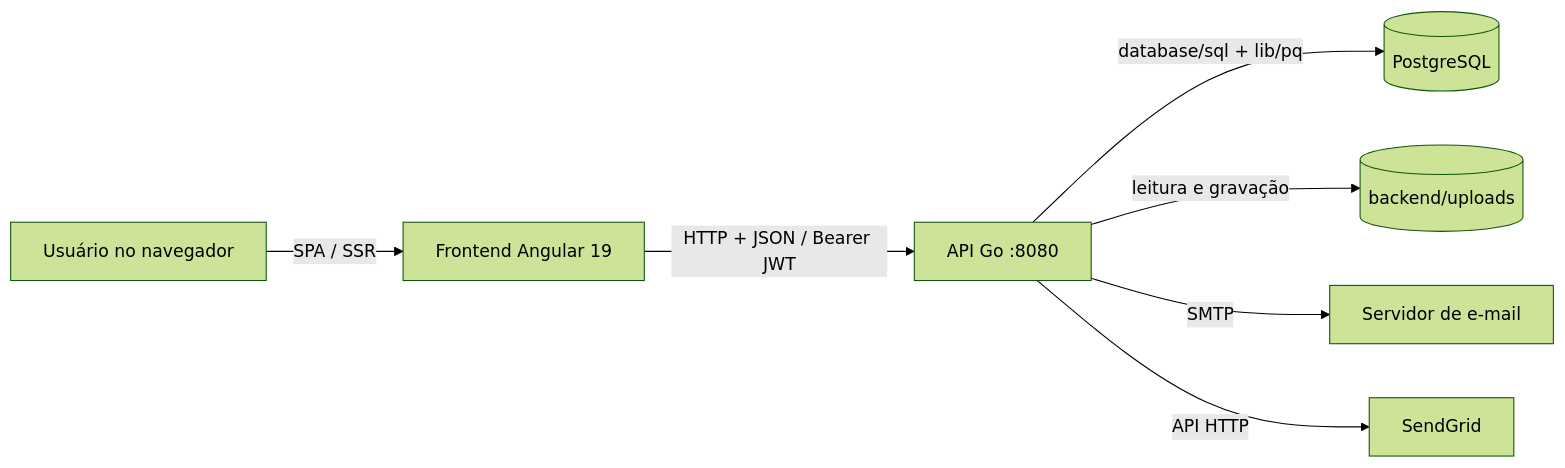
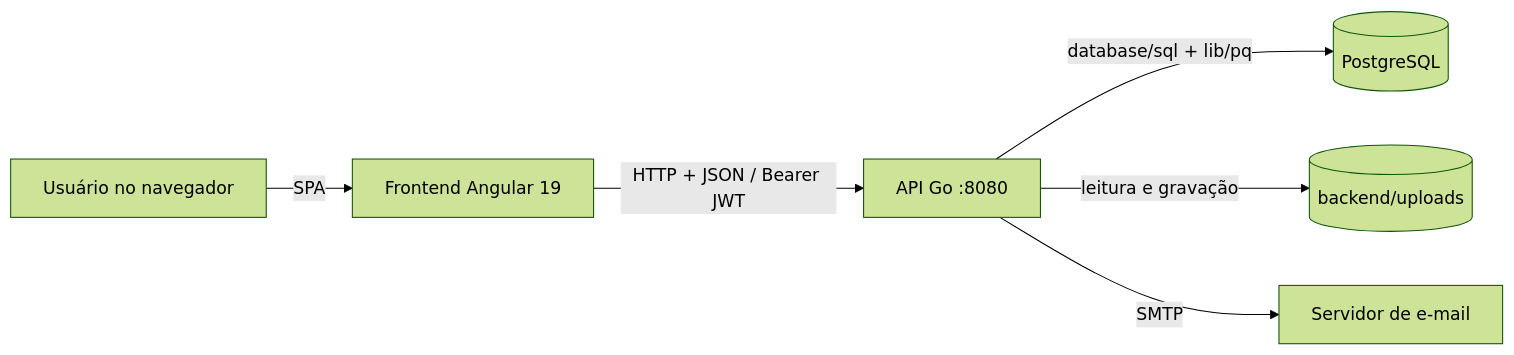
Before and after one commit to pamelaaabreu/Box-Enxovais-tcc: the first of 3 diagrams in README.md, drawn with Mermaid (forest theme). The commit also changed other lines of this file and 880 other files, not shown here.

````diff
--- a/README.md
+++ b/README.md
@@ -7,9 +9,8 @@
 ```mermaid
 flowchart LR
-    U[Usuário no navegador] -->|SPA / SSR| F[Frontend Angular 19]
+    U[Usuário no navegador] -->|SPA| F[Frontend Angular 19]
     F -->|HTTP + JSON / Bearer JWT| API[API Go :8080]
     API -->|database/sql + lib/pq| DB[(PostgreSQL)]
     API -->|leitura e gravação| FS[(backend/uploads)]
     API -->|SMTP| SMTP[Servidor de e-mail]
-    API -->|API HTTP| SG[SendGrid]
 ```
````
